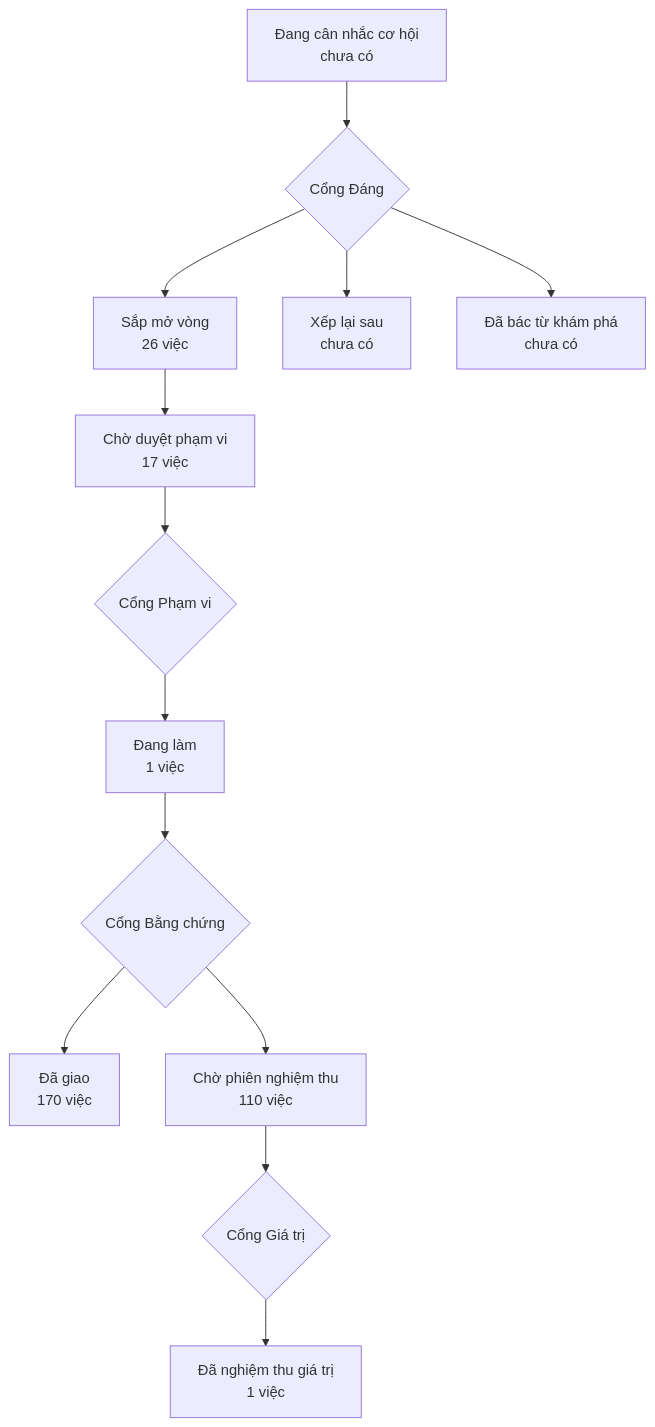
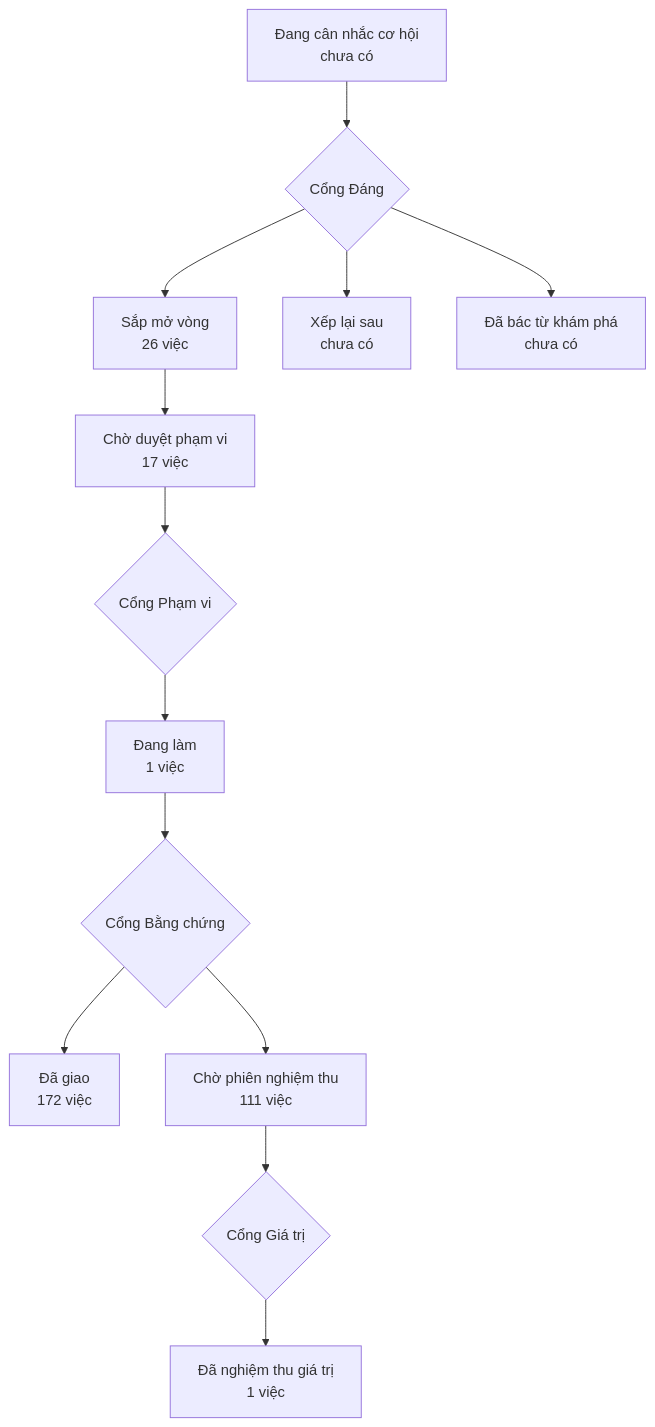
One commit to phanlemanh/onehub-invest changed the diagram in PRODUCT-MAP.md. Above: the diagram before and after it, drawn with Mermaid. The commit also changed other lines of this file and 1 other file, not shown here.

Commit message:
chore: sinh lại bản đồ sau khi gộp main

````diff
--- a/PRODUCT-MAP.md
+++ b/PRODUCT-MAP.md
@@ -7,12 +7,12 @@
 ```mermaid
 flowchart TD
   A["Đang cân nhắc cơ hội<br/>chưa có"] --> GD{"Cổng Đáng"}
   GD --> B["Sắp mở vòng<br/>26 việc"]
   GD --> XL["Xếp lại sau<br/>chưa có"]
   GD --> DB["Đã bác từ khám phá<br/>chưa có"]
   B --> CD["Chờ duyệt phạm vi<br/>17 việc"] --> GP{"Cổng Phạm vi"}
   GP --> DL["Đang làm<br/>1 việc"] --> GB{"Cổng Bằng chứng"}
-  GB --> DG["Đã giao<br/>170 việc"]
-  GB --> CN["Chờ phiên nghiệm thu<br/>110 việc"] --> GG{"Cổng Giá trị"}
+  GB --> DG["Đã giao<br/>172 việc"]
+  GB --> CN["Chờ phiên nghiệm thu<br/>111 việc"] --> GG{"Cổng Giá trị"}
   GG --> NT["Đã nghiệm thu giá trị<br/>1 việc"]
 ```
````
